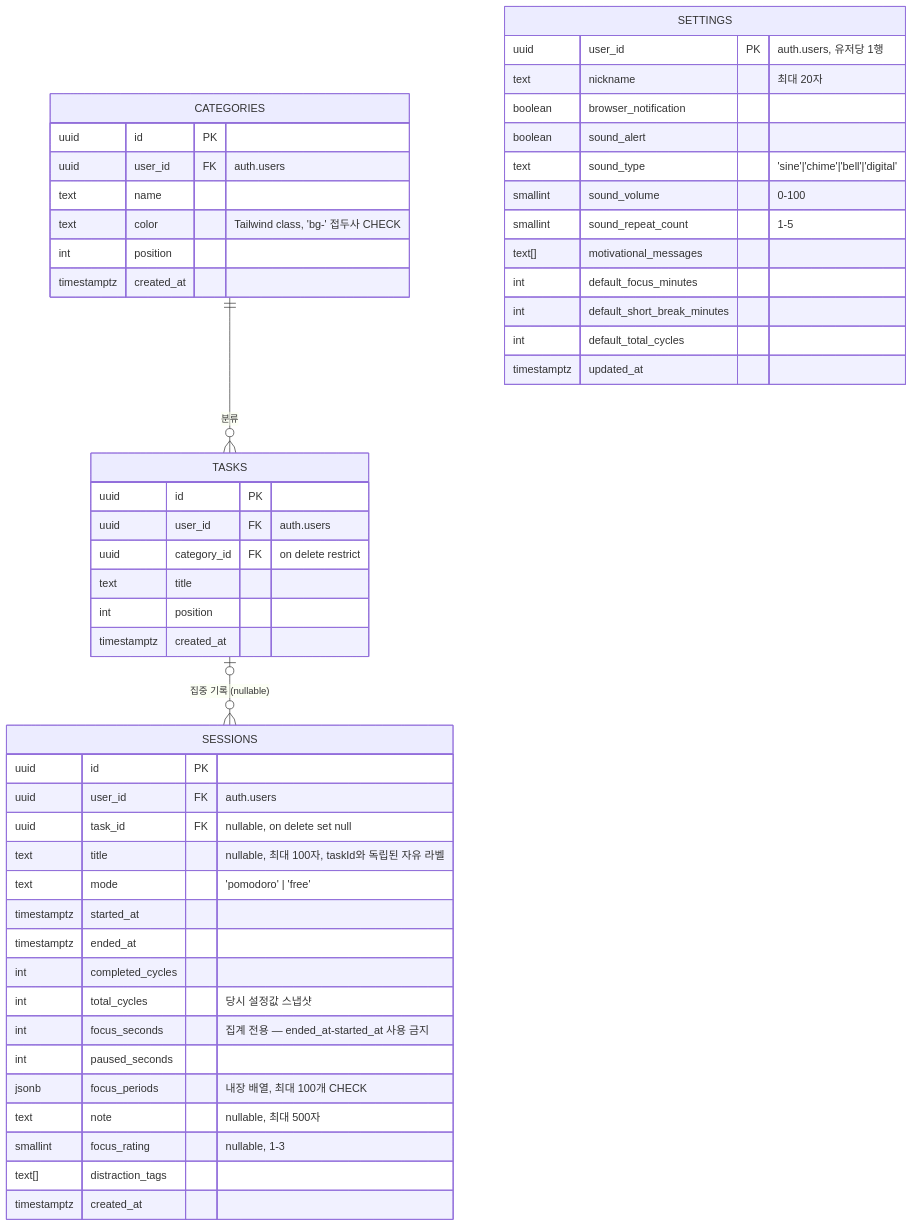
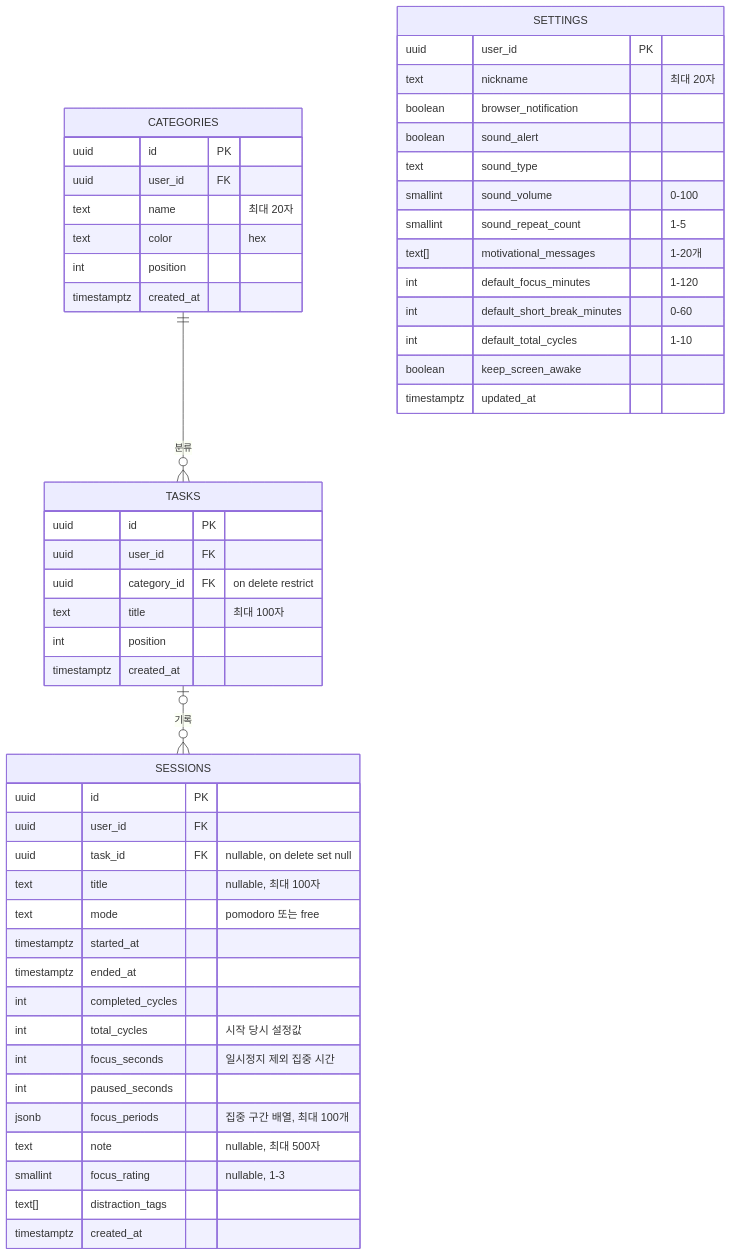
The diagram in docs/specs/ERD.md (aaaz425/pomodash), drawn with Mermaid before and after one commit. The commit also changed other lines of this file and 13 other files, not shown here.

````diff
--- a/docs/specs/ERD.md
+++ b/docs/specs/ERD.md
@@ -9,57 +8,58 @@
 ```mermaid
 erDiagram
     CATEGORIES {
         uuid id PK
-        uuid user_id FK "auth.users"
-        text name
-        text color "Tailwind class, 'bg-' 접두사 CHECK"
+        uuid user_id FK
+        text name "최대 20자"
+        text color "hex"
         int position
         timestamptz created_at
     }
 
     TASKS {
         uuid id PK
-        uuid user_id FK "auth.users"
+        uuid user_id FK
         uuid category_id FK "on delete restrict"
-        text title
+        text title "최대 100자"
         int position
         timestamptz created_at
     }
 
     SESSIONS {
         uuid id PK
-        uuid user_id FK "auth.users"
+        uuid user_id FK
         uuid task_id FK "nullable, on delete set null"
-        text title "nullable, 최대 100자, taskId와 독립된 자유 라벨"
-        text mode "'pomodoro' | 'free'"
+        text title "nullable, 최대 100자"
+        text mode "pomodoro 또는 free"
         timestamptz started_at
         timestamptz ended_at
         int completed_cycles
-        int total_cycles "당시 설정값 스냅샷"
-        int focus_seconds "집계 전용 — ended_at-started_at 사용 금지"
+        int total_cycles "시작 당시 설정값"
+        int focus_seconds "일시정지 제외 집중 시간"
         int paused_seconds
-        jsonb focus_periods "내장 배열, 최대 100개 CHECK"
+        jsonb focus_periods "집중 구간 배열, 최대 100개"
         text note "nullable, 최대 500자"
         smallint focus_rating "nullable, 1-3"
         text[] distraction_tags
         timestamptz created_at
     }
 
     SETTINGS {
-        uuid user_id PK "auth.users, 유저당 1행"
+        uuid user_id PK
         text nickname "최대 20자"
         boolean browser_notification
         boolean sound_alert
-        text sound_type "'sine'|'chime'|'bell'|'digital'"
+        text sound_type
         smallint sound_volume "0-100"
         smallint sound_repeat_count "1-5"
-        text[] motivational_messages
-        int default_focus_minutes
-        int default_short_break_minutes
-        int default_total_cycles
+        text[] motivational_messages "1-20개"
+        int default_focus_minutes "1-120"
+        int default_short_break_minutes "0-60"
+        int default_total_cycles "1-10"
+        boolean keep_screen_awake
         timestamptz updated_at
     }
 
     CATEGORIES ||--o{ TASKS : "분류"
-    TASKS |o--o{ SESSIONS : "집중 기록 (nullable)"
+    TASKS |o--o{ SESSIONS : "기록"
 ```
````
